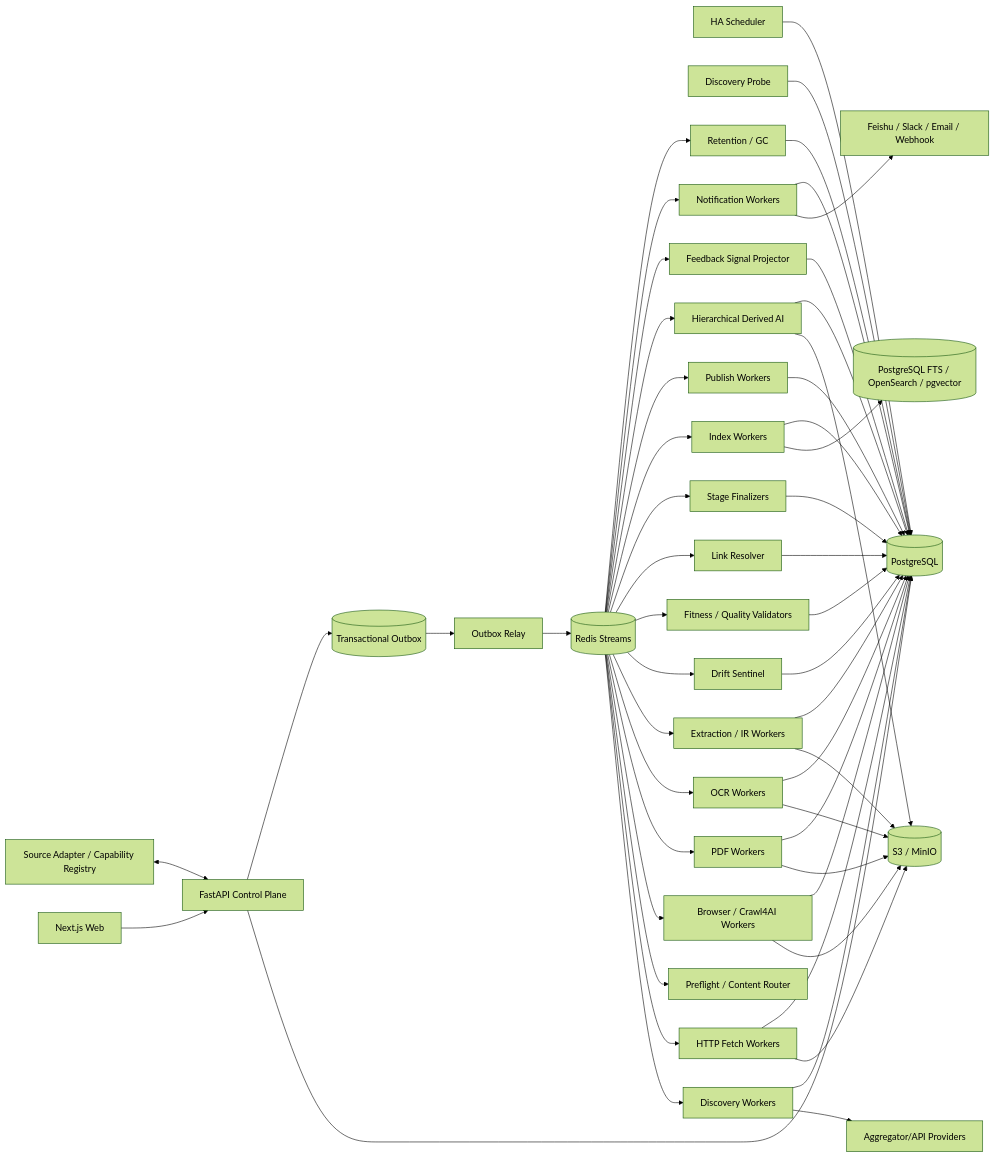
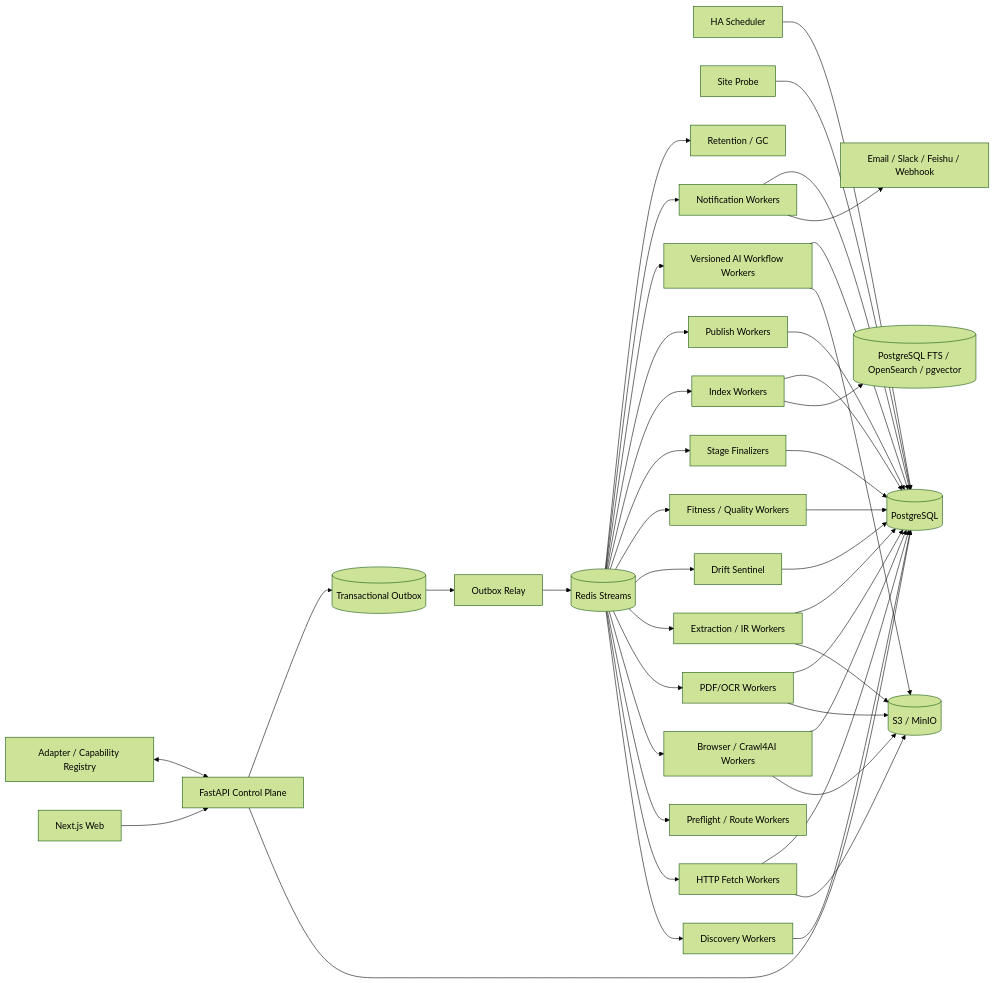
Before and after one commit to WorkerXu/my-doc: the diagram in 博客知识库技术方案.md, drawn with Mermaid (forest theme). The commit also changed other lines of this file, not shown here.

````diff
--- a/博客知识库技术方案.md
+++ b/博客知识库技术方案.md
@@ -55,60 +43,51 @@
 ```mermaid
 flowchart LR
     UI[Next.js Web] --> API[FastAPI Control Plane]
     API --> PG[(PostgreSQL)]
     API --> OUT[(Transactional Outbox)]
 
     SCH[HA Scheduler] --> PG
-    REG[Source Adapter / Capability Registry] <--> API
-    PROBE[Discovery Probe] --> PG
+    REG[Adapter / Capability Registry] <--> API
+    PROBE[Site Probe] --> PG
 
     OUT --> RELAY[Outbox Relay]
     RELAY --> Q[(Redis Streams)]
 
     Q --> DW[Discovery Workers]
-    DW --> AGG[Aggregator/API Providers]
     Q --> HF[HTTP Fetch Workers]
-    Q --> RT[Preflight / Content Router]
+    Q --> RT[Preflight / Route Workers]
     Q --> BW[Browser / Crawl4AI Workers]
-    Q --> PDF[PDF Workers]
-    Q --> OCR[OCR Workers]
+    Q --> PDF[PDF/OCR Workers]
     Q --> EX[Extraction / IR Workers]
     Q --> DS[Drift Sentinel]
-    Q --> QV[Fitness / Quality Validators]
-    Q --> LR[Link Resolver]
+    Q --> QV[Fitness / Quality Workers]
     Q --> FIN[Stage Finalizers]
 
     HF --> OBJ[(S3 / MinIO)]
     BW --> OBJ
     PDF --> OBJ
-    OCR --> OBJ
     EX --> OBJ
 
     Q --> IX[Index Workers]
     Q --> PB[Publish Workers]
-    Q --> AI[Hierarchical Derived AI]
-    Q --> SIG[Feedback Signal Projector]
+    Q --> AI[Versioned AI Workflow Workers]
     Q --> NT[Notification Workers]
     Q --> GC[Retention / GC]
 
     IX --> SEARCH[(PostgreSQL FTS / OpenSearch / pgvector)]
     AI --> OBJ
-    SIG --> PG
-    NT --> CH[Feishu / Slack / Email / Webhook]
+    NT --> CH[Email / Slack / Feishu / Webhook]
 
     DW --> PG
     HF --> PG
     BW --> PG
     PDF --> PG
-    OCR --> PG
     EX --> PG
     DS --> PG
     QV --> PG
-    LR --> PG
     FIN --> PG
     IX --> PG
     PB --> PG
     AI --> PG
     NT --> PG
-    GC --> PG
 ```
````
